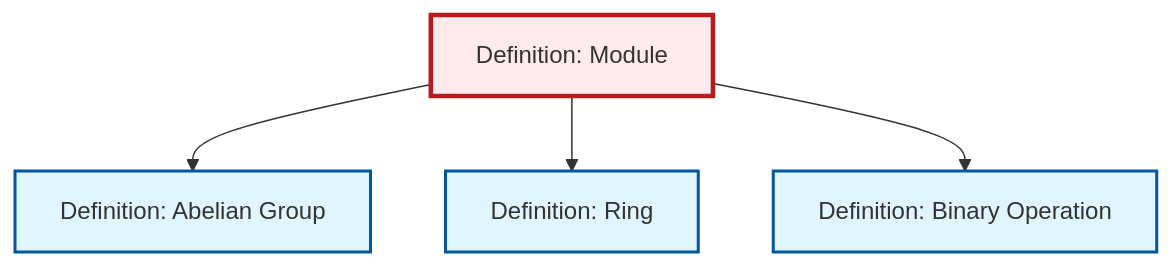
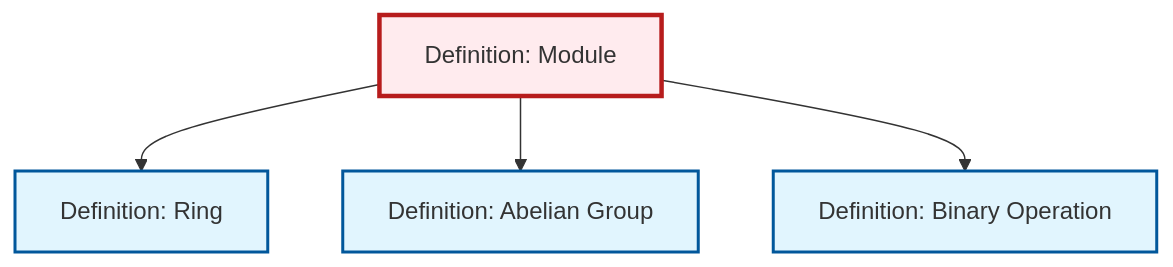
One commit to RK0429/ModernMath changed the diagram in content/ja/algebra/def-module.qmd. Above: the diagram before and after it, drawn with Mermaid. The commit also changed other lines of this file and 634 other files, not shown here.

````diff
--- a/content/ja/algebra/def-module.qmd
+++ b/content/ja/algebra/def-module.qmd
@@ -56,20 +56,20 @@
 ```{mermaid}
 %%| fig-cap: "Local dependency graph"
 graph TD
     classDef definition fill:#e1f5fe,stroke:#01579b,stroke-width:2px
     classDef theorem fill:#f3e5f5,stroke:#4a148c,stroke-width:2px
     classDef axiom fill:#fff3e0,stroke:#e65100,stroke-width:2px
     classDef example fill:#e8f5e9,stroke:#1b5e20,stroke-width:2px
     classDef current fill:#ffebee,stroke:#b71c1c,stroke-width:3px
-    def-binary-operation["Definition: Binary Operation"]:::definition
     def-module["Definition: Module"]:::definition
     def-abelian-group["Definition: Abelian Group"]:::definition
+    def-binary-operation["Definition: Binary Operation"]:::definition
     def-ring["Definition: Ring"]:::definition
+    def-module --> def-ring
     def-module --> def-abelian-group
-    def-module --> def-ring
     def-module --> def-binary-operation
     class def-module current
+    click def-abelian-group "def-abelian-group.html" "Definition: Abelian Groupへ"
     click def-binary-operation "def-binary-operation.html" "Definition: Binary Operationへ"
-    click def-abelian-group "def-abelian-group.html" "Definition: Abelian Groupへ"
     click def-ring "def-ring.html" "Definition: Ringへ"
 ```
````
